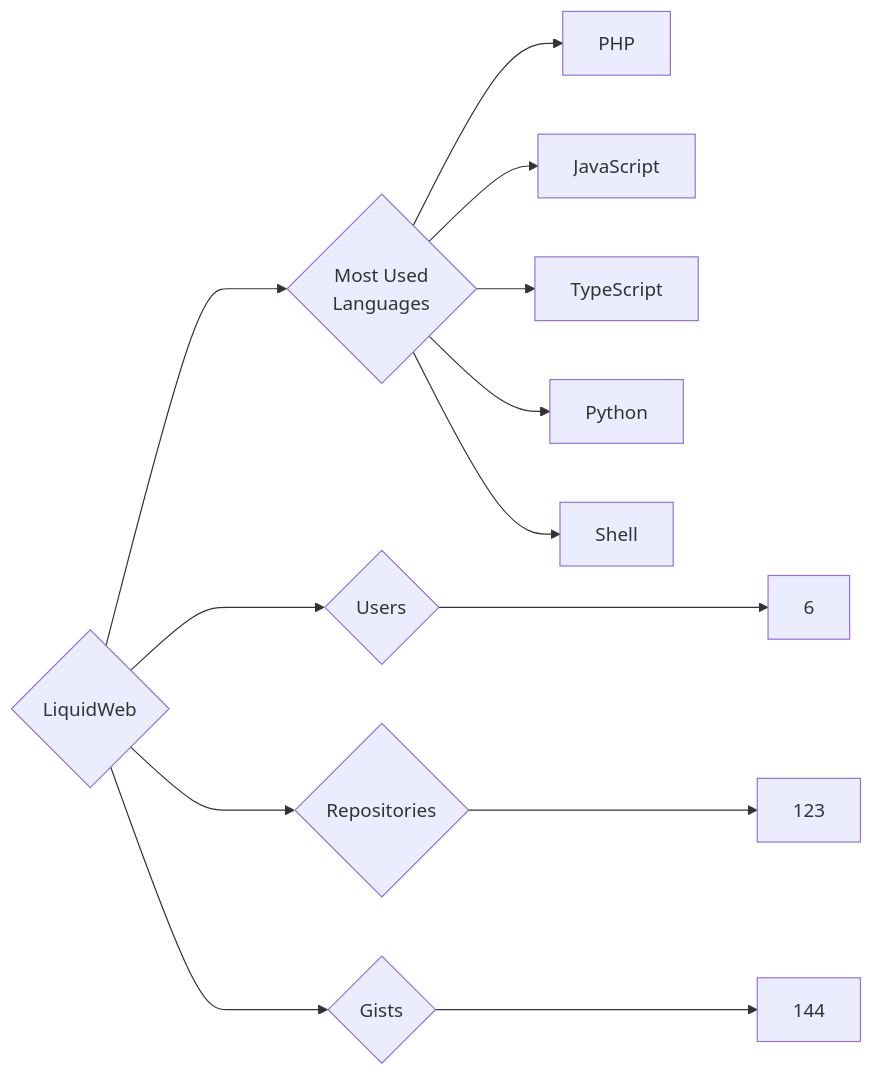
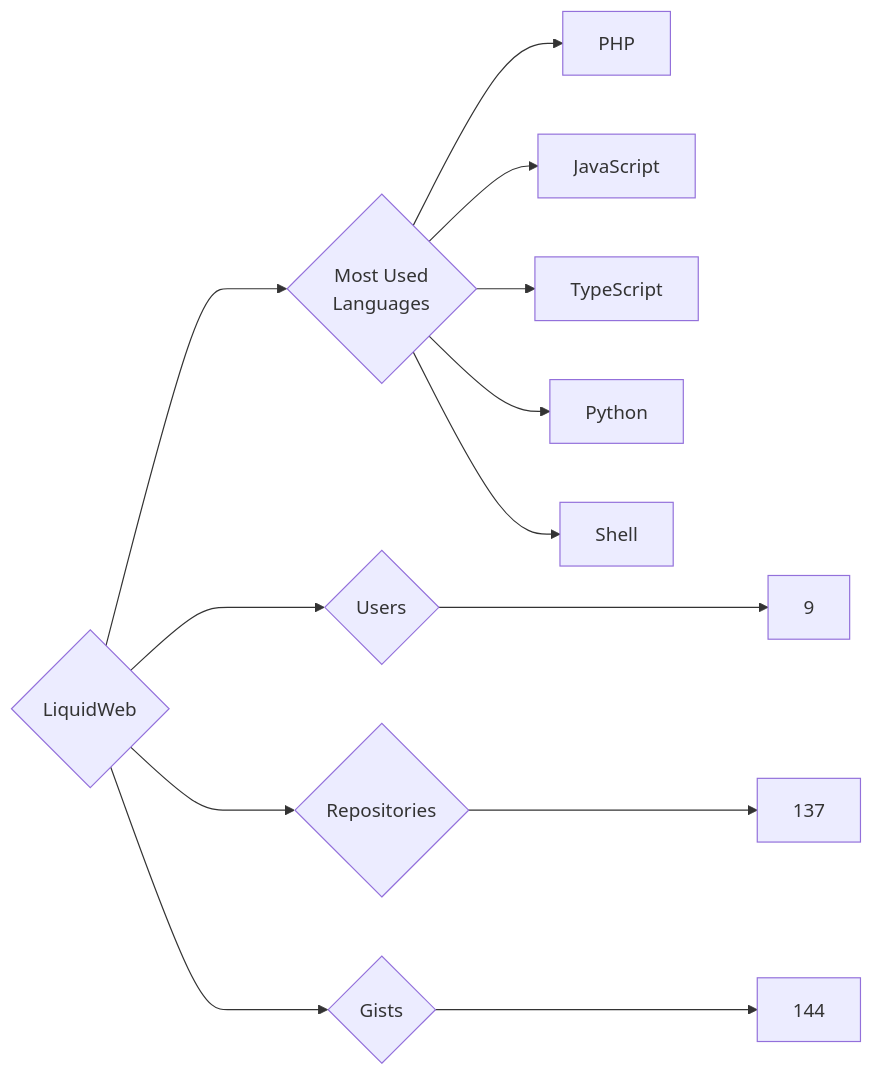
Before and after one commit to trickest/insiders: the diagram in targets/LiquidWeb/README.md, drawn with Mermaid. The commit also changed 871 other files, not shown here.

````diff
--- a/targets/LiquidWeb/README.md
+++ b/targets/LiquidWeb/README.md
@@ -3,13 +3,13 @@
 ```mermaid
 graph LR
 COMPANY_NAME{LiquidWeb}
-COMPANY_NAME ---> U{Users} ---> UN[6]
-COMPANY_NAME ---> R{Repositories} ---> RN[123]
+COMPANY_NAME ---> U{Users} ---> UN[9]
+COMPANY_NAME ---> R{Repositories} ---> RN[137]
 COMPANY_NAME ---> G{Gists} ---> GN[144]
 COMPANY_NAME ---> ML{Most Used<br>Languages}
 ML --> PHP[PHP]
 ML --> JavaScript[JavaScript]
 ML --> TypeScript[TypeScript]
 ML --> Python[Python]
 ML --> Shell[Shell]
 ```
````
